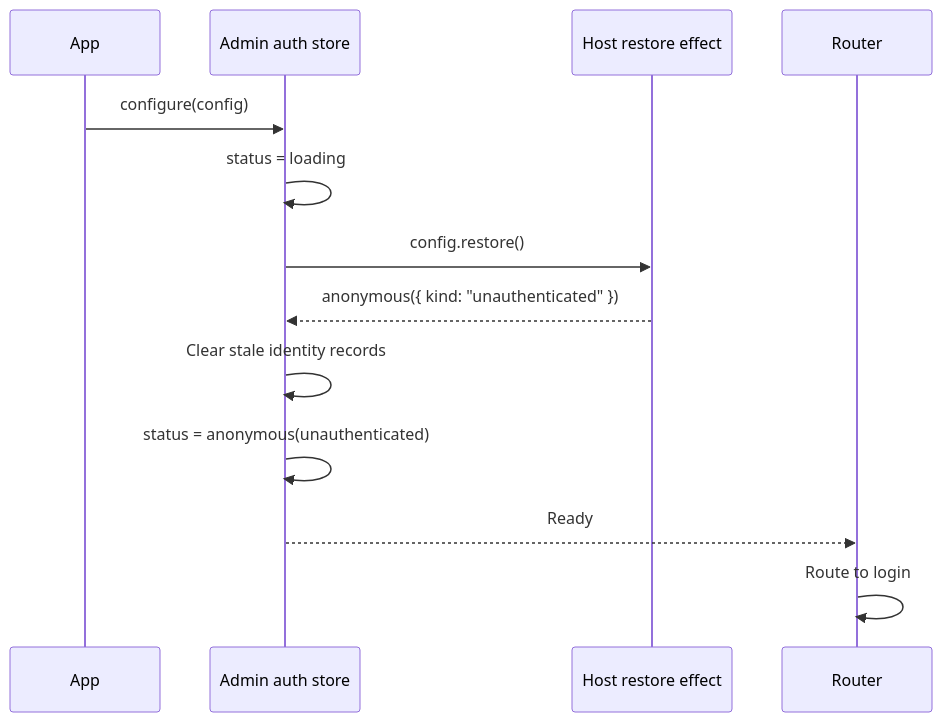
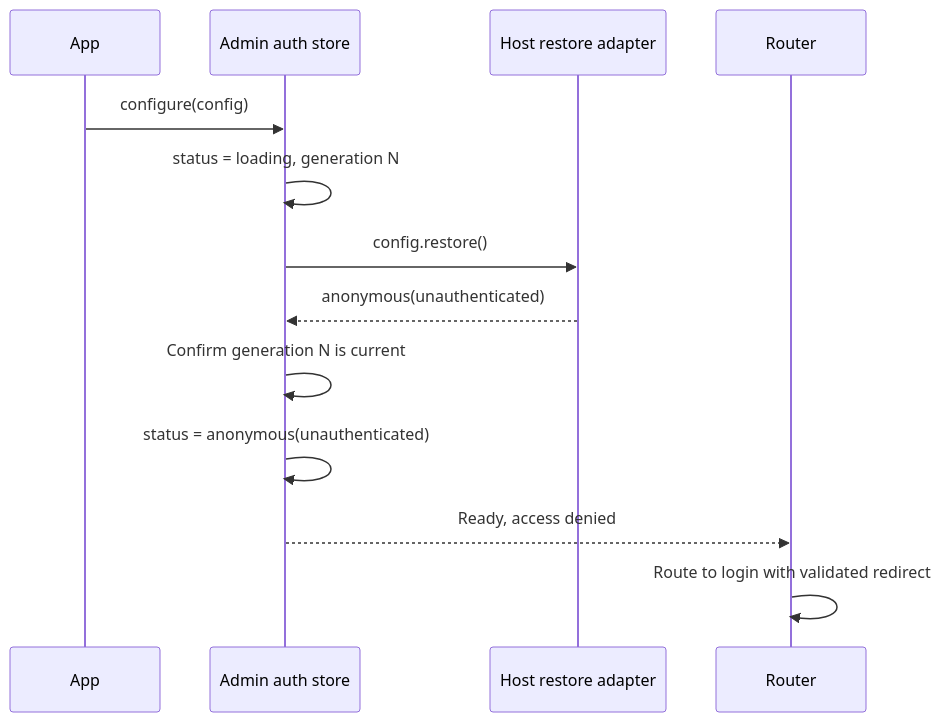
The seventh of 19 diagrams in docs/admin-auth-restoration-data-flows.md (hechang27-sprt/noob-components-v2), drawn with Mermaid before and after one commit. The commit also changed other lines of this file and 15 other files, not shown here.

````diff
--- a/docs/admin-auth-restoration-data-flows.md
+++ b/docs/admin-auth-restoration-data-flows.md
@@ -208,16 +204,16 @@
 ```mermaid
 sequenceDiagram
     participant App
     participant Auth as Admin auth store
-    participant Host as Host restore effect
+    participant Host as Host restore adapter
     participant Router
 
     App->>Auth: configure(config)
-    Auth->>Auth: status = loading
+    Auth->>Auth: status = loading, generation N
     Auth->>Host: config.restore()
-    Host-->>Auth: anonymous({ kind: "unauthenticated" })
-    Auth->>Auth: Clear stale identity records
+    Host-->>Auth: anonymous(unauthenticated)
+    Auth->>Auth: Confirm generation N is current
     Auth->>Auth: status = anonymous(unauthenticated)
-    Auth-->>Router: Ready
-    Router->>Router: Route to login
+    Auth-->>Router: Ready, access denied
+    Router->>Router: Route to login with validated redirect
 ```
````
